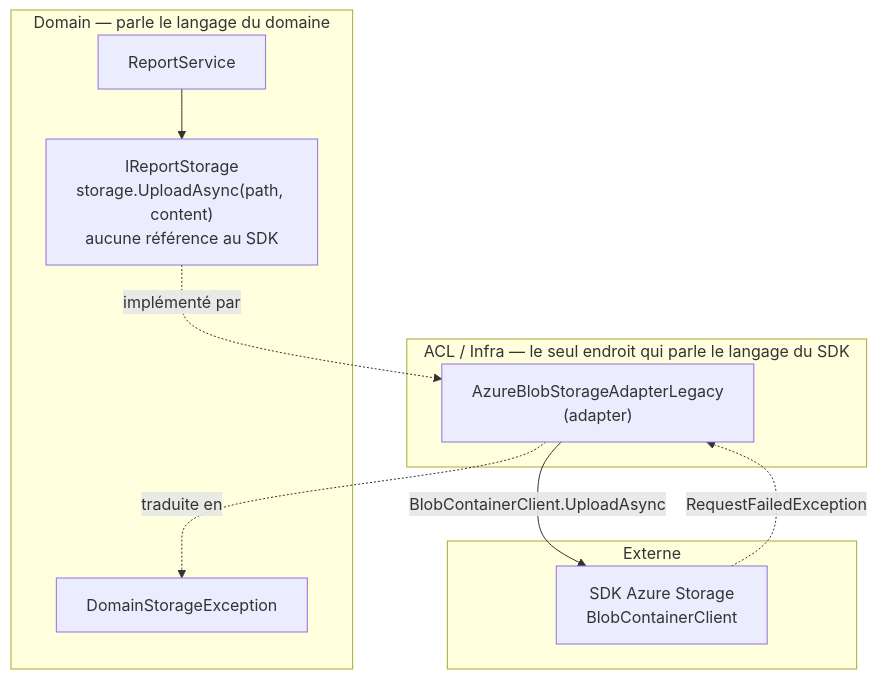
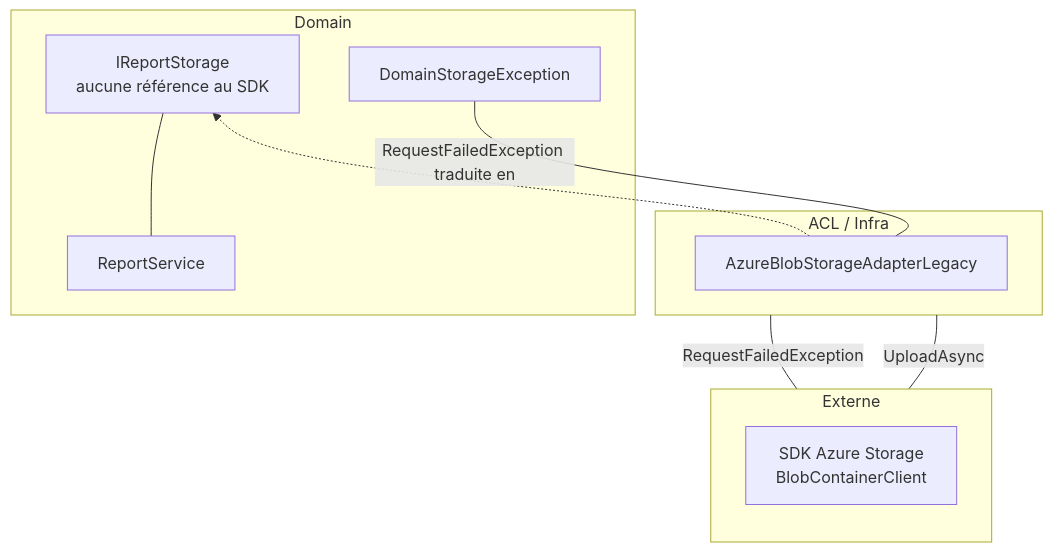
One commit to nono26/MeetupNugetDependence changed the second of 4 diagrams in 4.migration/readme.md. Above: the diagram before and after it, drawn with Mermaid. The commit also changed other lines of this file and 16 other files, not shown here.

````diff
--- a/4.migration/readme.md
+++ b/4.migration/readme.md
@@ -25,22 +25,23 @@
 ```mermaid
-    flowchart TB
-    subgraph domain["Domain — parle le langage du domaine"]
-        RS["ReportService"]
-        IRS["IReportStorage<br/>storage.UploadAsync(path, content)<br/>aucune référence au SDK"]
-        DSE["DomainStorageException"]
-    end
-
-    subgraph acl["ACL / Infra — le seul endroit qui parle le langage du SDK"]
-        ADP["AzureBlobStorageAdapterLegacy<br/>(adapter)"]
+flowchart BT  
+    subgraph acl["ACL / Infra "]
+        ADP["AzureBlobStorageAdapterLegacy"]
     end
 
     subgraph ext["Externe"]
         SDK["SDK Azure Storage<br/>BlobContainerClient"]
-    end
+    end    
+    subgraph domain["Domain"]
+        RS["ReportService"]
+        IRS["IReportStorage<br/>aucune référence au SDK"]
+        DSE["DomainStorageException"]
+    end   
+    
+    RS --- IRS
+    ADP -.-> IRS
+    acl ---|"UploadAsync"| ext
+    ext ---|"RequestFailedException"| acl
+    ADP ---|"RequestFailedException traduite en"| DSE
 
-    RS --> IRS
-    IRS -.->|"implémenté par"| ADP
-    ADP -->|"BlobContainerClient.UploadAsync"| SDK
-    SDK -.->|"RequestFailedException"| ADP
-    ADP -.->|"traduite en"| DSE
+
 ```
````
